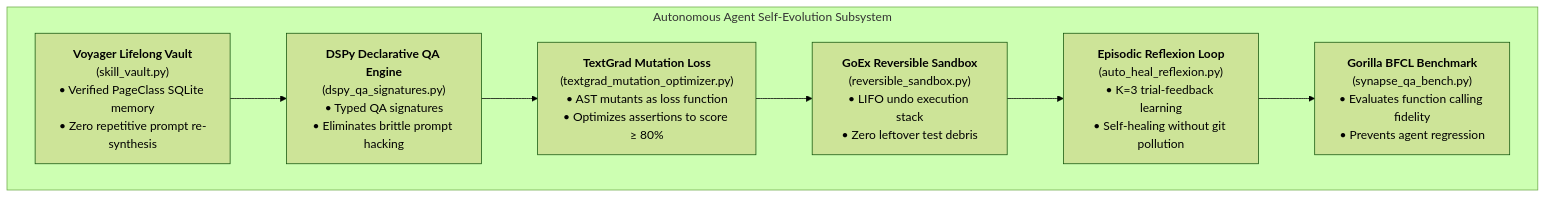
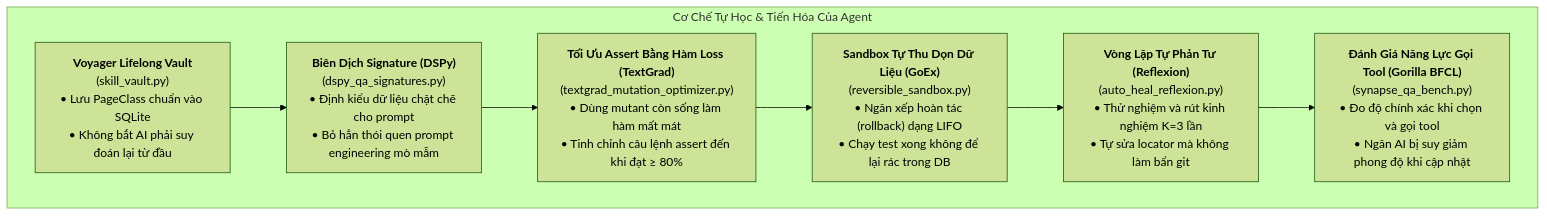
One commit to TeeVee98/Synapse-Hub changed the third of 3 diagrams in docs/ARCHITECTURE.md. Above: the diagram before and after it, drawn with Mermaid (forest theme). The commit also changed other lines of this file and 12 other files, not shown here.

Commit message:
docs: add bilingual Vietnamese and English documentation across architecture and guides

````diff
--- a/docs/ARCHITECTURE.md
+++ b/docs/ARCHITECTURE.md
@@ -138,13 +141,13 @@
 ```mermaid
 flowchart TD
-    subgraph SelfEvolution["Autonomous Agent Self-Evolution Subsystem"]
-        Vault["<b>Voyager Lifelong Vault</b><br/>(skill_vault.py)<br/>• Verified PageClass SQLite memory<br/>• Zero repetitive prompt re-synthesis"]
-        Reflexion["<b>Episodic Reflexion Loop</b><br/>(auto_heal_reflexion.py)<br/>• K=3 trial-feedback learning<br/>• Self-healing without git pollution"]
-        DSPy["<b>DSPy Declarative QA Engine</b><br/>(dspy_qa_signatures.py)<br/>• Typed QA signatures<br/>• Eliminates brittle prompt hacking"]
-        TextGrad["<b>TextGrad Mutation Loss</b><br/>(textgrad_mutation_optimizer.py)<br/>• AST mutants as loss function<br/>• Optimizes assertions to score &ge; 80%"]
-        Reversible["<b>GoEx Reversible Sandbox</b><br/>(reversible_sandbox.py)<br/>• LIFO undo execution stack<br/>• Zero leftover test debris"]
-        Bench["<b>Gorilla BFCL Benchmark</b><br/>(synapse_qa_bench.py)<br/>• Evaluates function calling fidelity<br/>• Prevents agent regression"]
+    subgraph SelfEvolution["Cơ Chế Tự Học & Tiến Hóa Của Agent"]
+        Vault["<b>Voyager Lifelong Vault</b><br/>(skill_vault.py)<br/>• Lưu PageClass chuẩn vào SQLite<br/>• Không bắt AI phải suy đoán lại từ đầu"]
+        Reflexion["<b>Vòng Lặp Tự Phản Tư (Reflexion)</b><br/>(auto_heal_reflexion.py)<br/>• Thử nghiệm và rút kinh nghiệm K=3 lần<br/>• Tự sửa locator mà không làm bẩn git"]
+        DSPy["<b>Biên Dịch Signature (DSPy)</b><br/>(dspy_qa_signatures.py)<br/>• Định kiểu dữ liệu chặt chẽ cho prompt<br/>• Bỏ hẳn thói quen prompt engineering mò mẫm"]
+        TextGrad["<b>Tối Ưu Assert Bằng Hàm Loss (TextGrad)</b><br/>(textgrad_mutation_optimizer.py)<br/>• Dùng mutant còn sống làm hàm mất mát<br/>• Tinh chỉnh câu lệnh assert đến khi đạt &ge; 80%"]
+        Reversible["<b>Sandbox Tự Thu Dọn Dữ Liệu (GoEx)</b><br/>(reversible_sandbox.py)<br/>• Ngăn xếp hoàn tác (rollback) dạng LIFO<br/>• Chạy test xong không để lại rác trong DB"]
+        Bench["<b>Đánh Giá Năng Lực Gọi Tool (Gorilla BFCL)</b><br/>(synapse_qa_bench.py)<br/>• Đo độ chính xác khi chọn và gọi tool<br/>• Ngăn AI bị suy giảm phong độ khi cập nhật"]
     end
 
     Vault --> DSPy --> TextGrad --> Reversible --> Reflexion --> Bench
 ```
````
